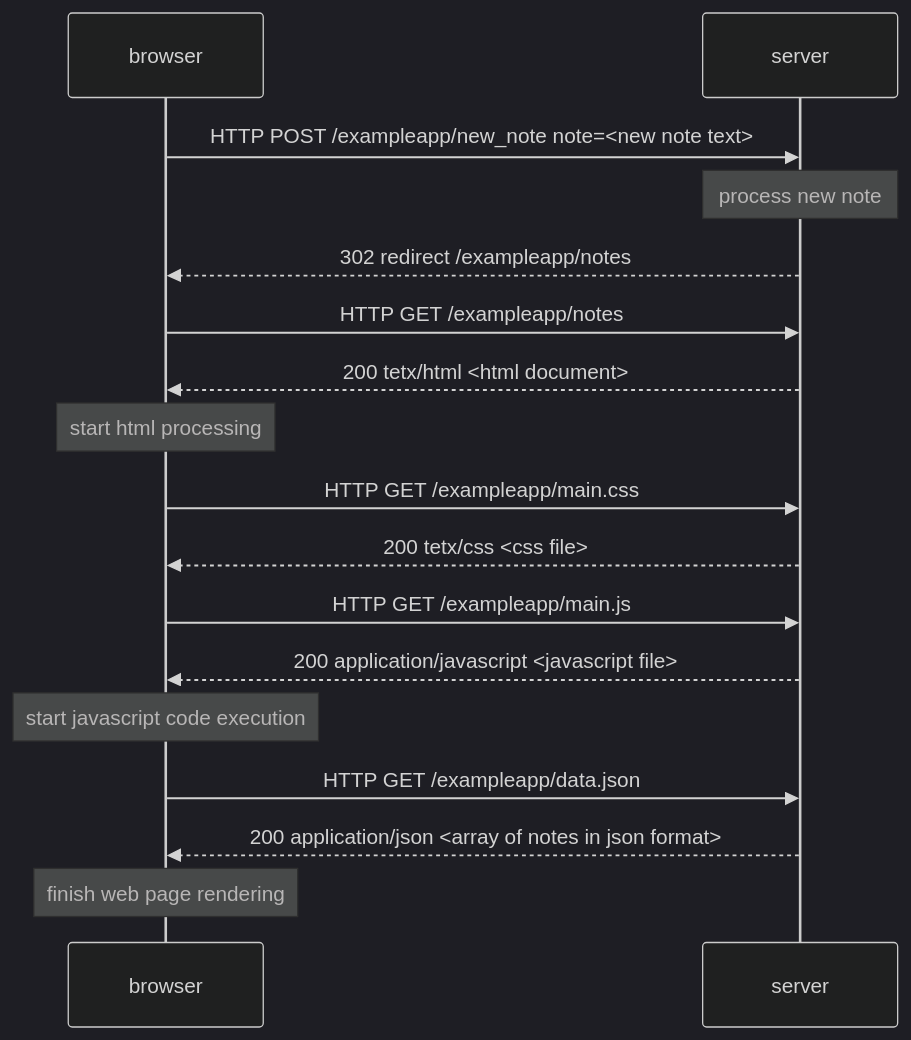
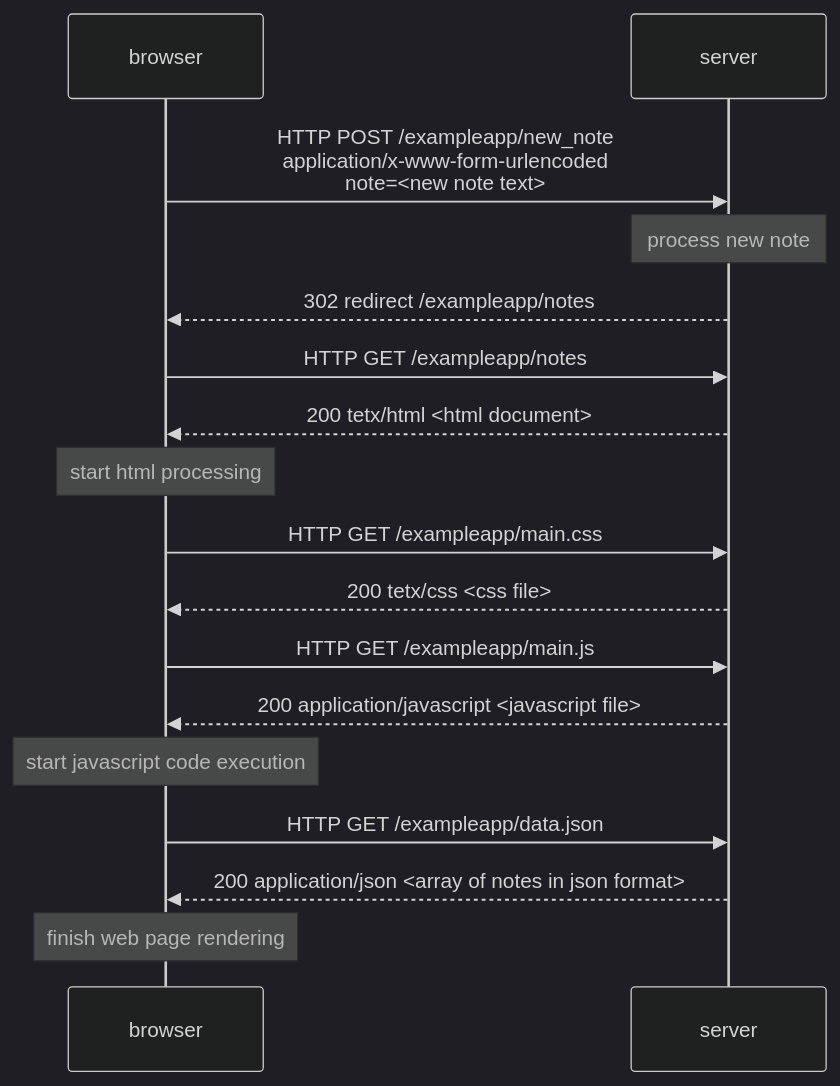
Before and after one commit to MikhailZvagelsky/fullstack: the diagram in part0/0.4-new-note-diagram/diagram.md, drawn with Mermaid (dark theme).

Commit message:
Update note creation diagram.

````diff
--- a/part0/0.4-new-note-diagram/diagram.md
+++ b/part0/0.4-new-note-diagram/diagram.md
@@ -6,17 +6,17 @@
 ```mermaid
 sequenceDiagram
-browser->>server: HTTP POST /exampleapp/new_note note=<new note text>
+browser->>server: HTTP POST /exampleapp/new_note <br/> application/x-www-form-urlencoded <br/> note=<new note text>
 Note over server: process new note
 server-->>browser: 302 redirect /exampleapp/notes
 browser->>server: HTTP GET /exampleapp/notes
 server-->>browser: 200 tetx/html <html document>
 Note over browser: start html processing
 browser->>server: HTTP GET /exampleapp/main.css
 server-->>browser: 200 tetx/css <css file>
 browser->>server: HTTP GET /exampleapp/main.js
 server-->>browser: 200 application/javascript <javascript file>
 Note over browser: start javascript code execution
 browser->>server: HTTP GET /exampleapp/data.json
 server-->>browser: 200 application/json <array of notes in json format>
 Note over browser: finish web page rendering
 ```
````
